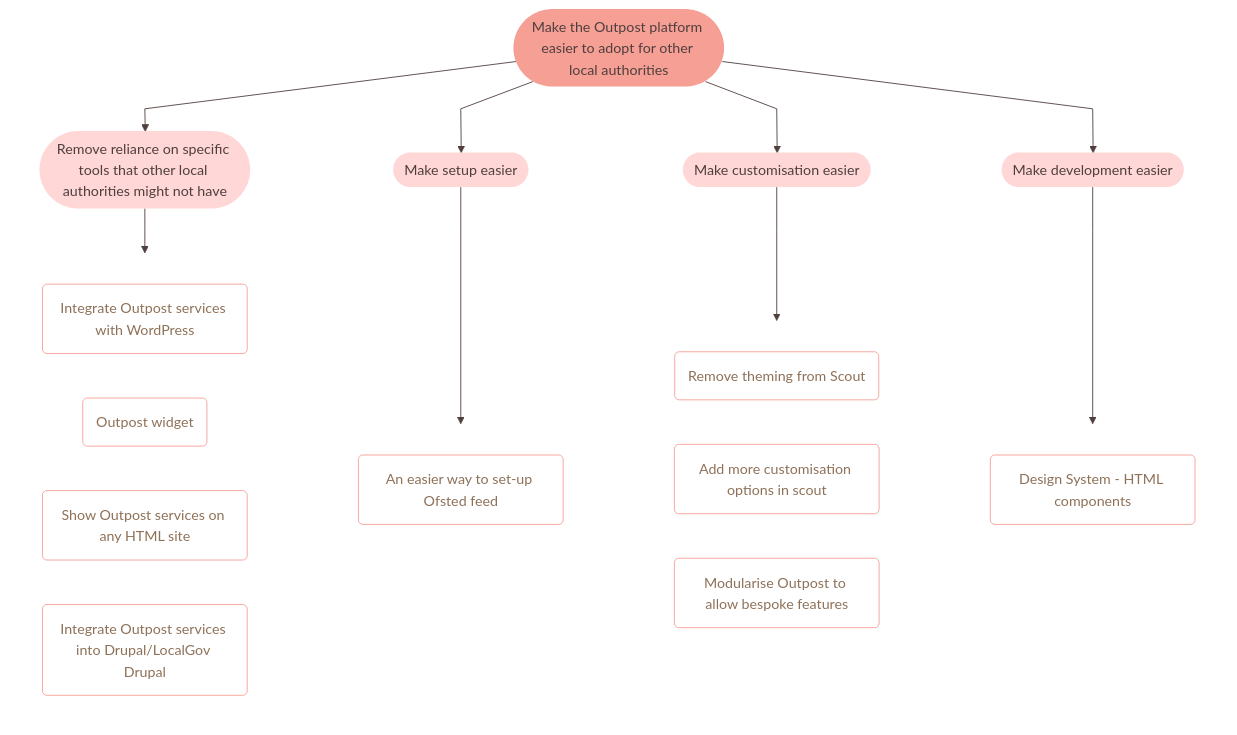
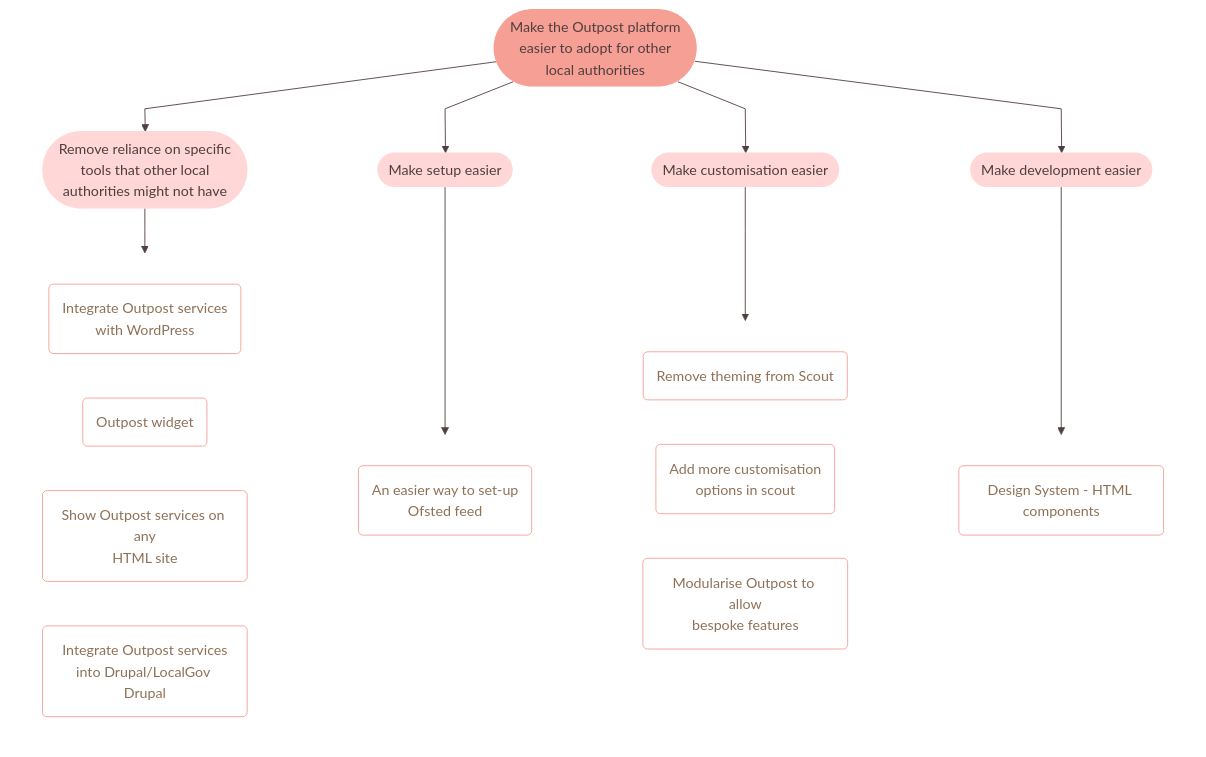
One commit to wearefuturegov/Outpost-Platform changed the first of 5 diagrams in README.md. Above: the diagram before and after it, drawn with Mermaid. The commit also changed other lines of this file, not shown here.

```diff
--- a/README.md
+++ b/README.md
@@ -29,10 +29,10 @@
 
     %% Top level
 
-    %% 1 Easier to adopt
-    EasierToAdopt([Make the Outpost platform easier to adopt for other local authorities]):::EasierToAdopt
+        %% 1 Easier to adopt
+    EasierToAdopt([Make the Outpost platform<br />easier to adopt for other<br />local authorities]):::EasierToAdopt
     %% 1.x Easier to adopt - second level
-    RemoveRelianceOnTools([Remove reliance on specific tools that other local authorities might not have]):::EasierToAdoptLv2
+    RemoveRelianceOnTools([Remove reliance on specific<br />tools that other local<br />authorities might not have]):::EasierToAdoptLv2
     MakeSetupEasier([Make setup easier]):::EasierToAdoptLv2
     MakeCustomisationEasier([Make customisation easier]):::EasierToAdoptLv2
     MakeDevelopmentEasier([Make development easier]):::EasierToAdoptLv2
@@ -40,31 +40,31 @@
         %% 1.1~ Remove reliance on tools others may not have - tasks
 
     subgraph RemoveRelianceOnToolsTasks[ ]
-     RemoveRelianceOnToolsTask0("Integrate Outpost services with WordPress"):::EasierToAdoptTasks
+     RemoveRelianceOnToolsTask0("Integrate Outpost services<br />with WordPress<br />"):::EasierToAdoptTasks
      click RemoveRelianceOnToolsTask0 href "https://github.com/wearefuturegov/Outpost-Platform/issues/6"
-     RemoveRelianceOnToolsTask1("Outpost widget"):::EasierToAdoptTasks
+     RemoveRelianceOnToolsTask1("Outpost widget<br />"):::EasierToAdoptTasks
      click RemoveRelianceOnToolsTask1 href "https://github.com/wearefuturegov/Outpost-Platform/issues/5"
-     RemoveRelianceOnToolsTask2("Show Outpost services on any HTML site"):::EasierToAdoptTasks
+     RemoveRelianceOnToolsTask2("Show Outpost services on any<br />HTML site<br />"):::EasierToAdoptTasks
      click RemoveRelianceOnToolsTask2 href "https://github.com/wearefuturegov/Outpost-Platform/issues/4"
-     RemoveRelianceOnToolsTask3("Integrate Outpost services into Drupal/LocalGov Drupal"):::EasierToAdoptTasks
+     RemoveRelianceOnToolsTask3("Integrate Outpost services<br />into Drupal/LocalGov Drupal<br />"):::EasierToAdoptTasks
      click RemoveRelianceOnToolsTask3 href "https://github.com/wearefuturegov/Outpost-Platform/issues/3"
     end
 
     %% 1.2~ Make set up easier - tasks
 
     subgraph MakeSetupEasierTasks[ ]
-     MakeSetupEasierTask0("An easier way to set-up Ofsted feed"):::EasierToAdoptTasks
+     MakeSetupEasierTask0("An easier way to set-up<br />Ofsted feed<br />"):::EasierToAdoptTasks
      click MakeSetupEasierTask0 href "https://github.com/wearefuturegov/Outpost-Platform/issues/7"
     end
 
     %% 1.3~ Make customisation easier - tasks
 
     subgraph MakeCustomisationEasierTasks[ ]
-     MakeCustomisationEasierTask0("Remove theming from Scout"):::EasierToAdoptTasks
+     MakeCustomisationEasierTask0("Remove theming from Scout<br />"):::EasierToAdoptTasks
      click MakeCustomisationEasierTask0 href "https://github.com/wearefuturegov/Outpost-Platform/issues/10"
-     MakeCustomisationEasierTask1("Add more customisation options in scout"):::EasierToAdoptTasks
+     MakeCustomisationEasierTask1("Add more customisation<br />options in scout<br />"):::EasierToAdoptTasks
      click MakeCustomisationEasierTask1 href "https://github.com/wearefuturegov/Outpost-Platform/issues/9"
-     MakeCustomisationEasierTask2("Modularise Outpost to allow bespoke features"):::EasierToAdoptTasks
+     MakeCustomisationEasierTask2("Modularise Outpost to allow<br />bespoke features<br />"):::EasierToAdoptTasks
      click MakeCustomisationEasierTask2 href "https://github.com/wearefuturegov/Outpost-Platform/issues/8"
     end
 
```
